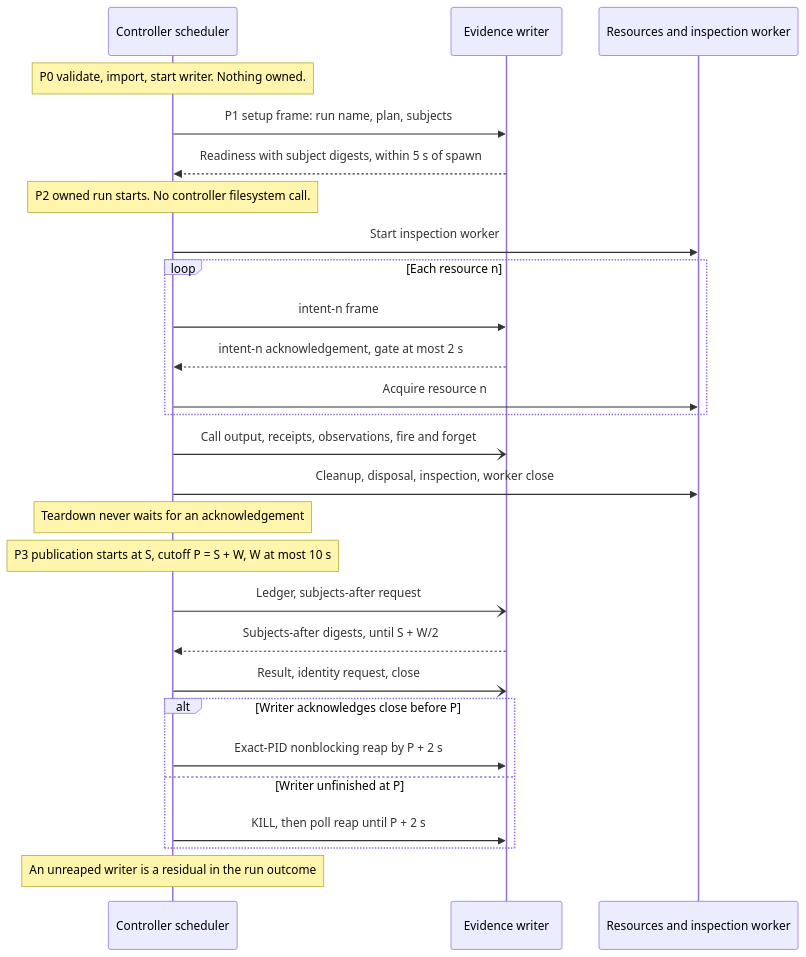
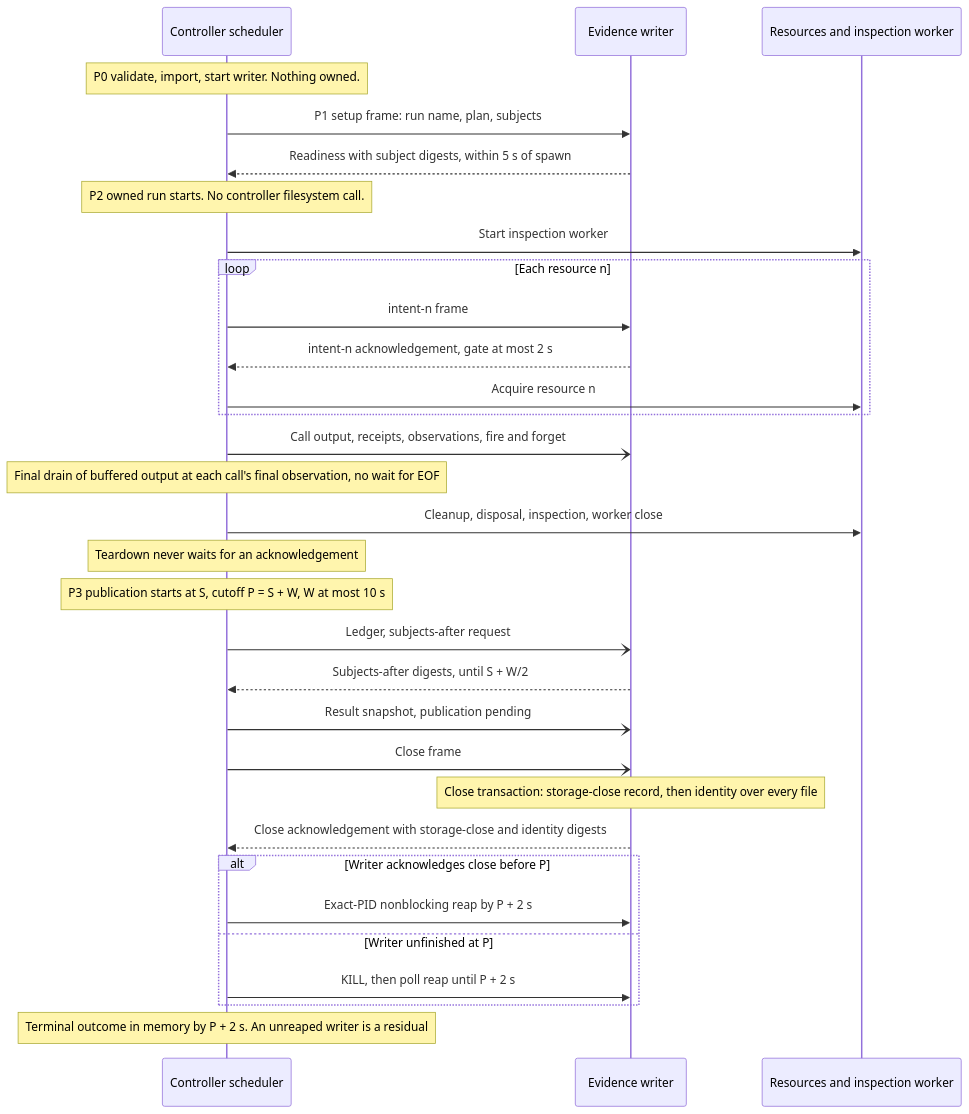
One commit to Linkuistics/TestAnyware changed the diagram in docs/design/diagnostic-evidence-storage/phases.mmd. Above: the diagram before and after it, drawn with Mermaid. The commit also changed 6 other files, not shown here.

```diff
--- a/docs/design/diagnostic-evidence-storage/phases.mmd
+++ b/docs/design/diagnostic-evidence-storage/phases.mmd
@@ -1,27 +1,31 @@
 sequenceDiagram
   participant C as Controller scheduler
   participant E as Evidence writer
   participant R as Resources and inspection worker
   Note over C: P0 validate, import, start writer. Nothing owned.
   C->>E: P1 setup frame: run name, plan, subjects
   E-->>C: Readiness with subject digests, within 5 s of spawn
   Note over C: P2 owned run starts. No controller filesystem call.
   C->>R: Start inspection worker
   loop Each resource n
     C->>E: intent-n frame
     E-->>C: intent-n acknowledgement, gate at most 2 s
     C->>R: Acquire resource n
   end
   C-)E: Call output, receipts, observations, fire and forget
+  Note over C: Final drain of buffered output at each call's final observation, no wait for EOF
   C->>R: Cleanup, disposal, inspection, worker close
   Note over C: Teardown never waits for an acknowledgement
   Note over C: P3 publication starts at S, cutoff P = S + W, W at most 10 s
   C-)E: Ledger, subjects-after request
   E-->>C: Subjects-after digests, until S + W/2
-  C-)E: Result, identity request, close
+  C-)E: Result snapshot, publication pending
+  C-)E: Close frame
+  Note over E: Close transaction: storage-close record, then identity over every file
+  E-->>C: Close acknowledgement with storage-close and identity digests
   alt Writer acknowledges close before P
     C->>E: Exact-PID nonblocking reap by P + 2 s
   else Writer unfinished at P
     C->>E: KILL, then poll reap until P + 2 s
   end
-  Note over C: An unreaped writer is a residual in the run outcome
+  Note over C: Terminal outcome in memory by P + 2 s. An unreaped writer is a residual
```
